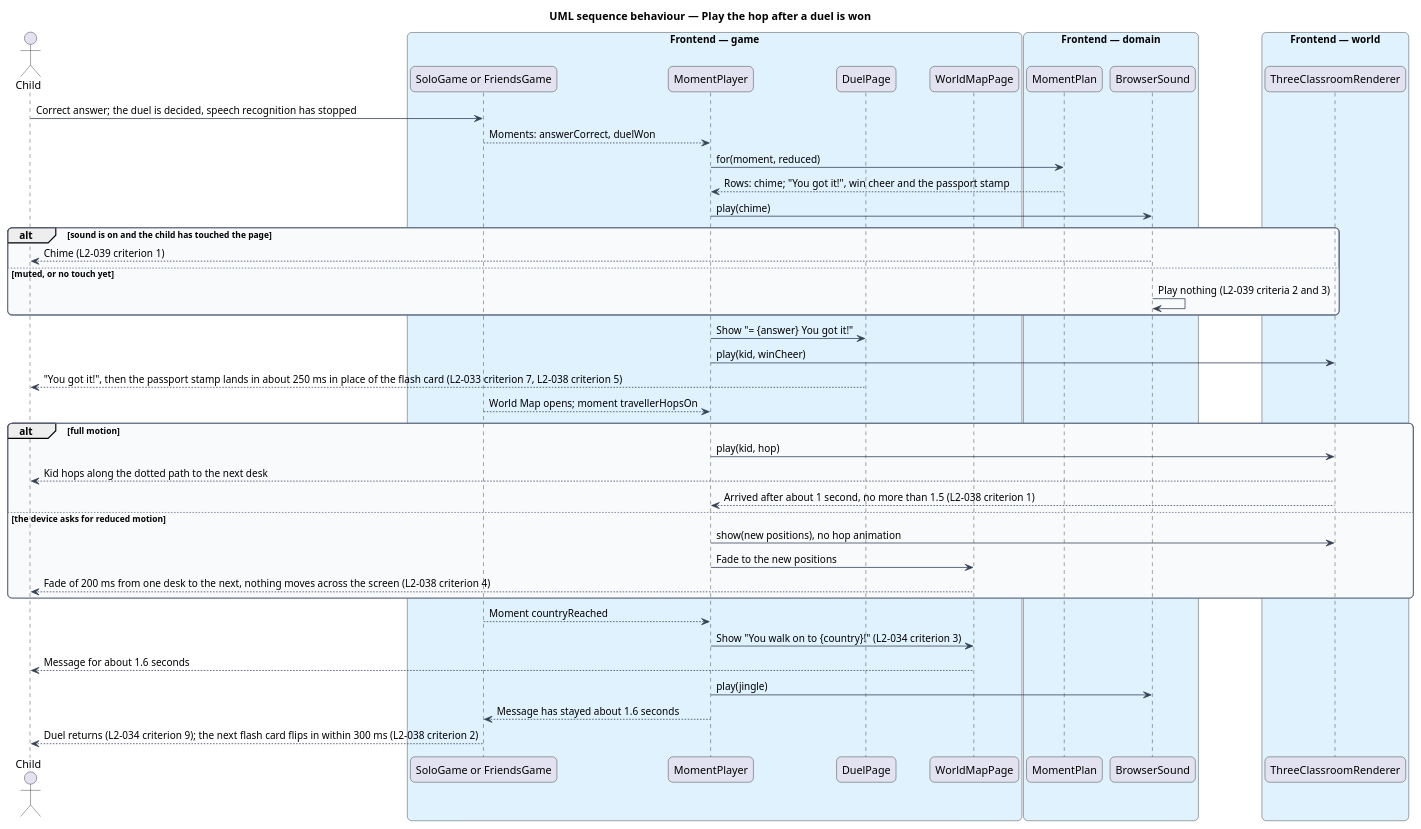
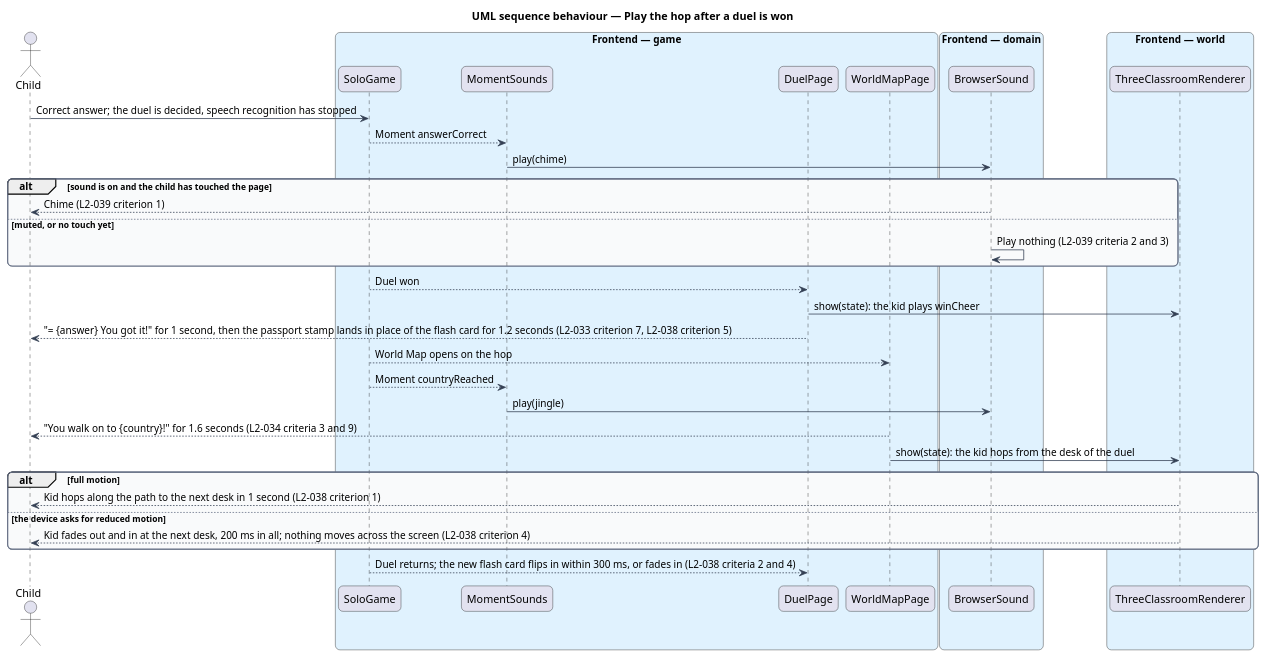
One commit to QuinntyneBrown/around-the-world changed the diagram in docs/detailed-designs/classroom/play-motion-and-sound/diagrams/sequence-play-hop.puml. Above: the diagram before and after it, drawn with PlantUML. The commit also changed 25 other files, not shown here.

First line of the commit message:
Decide how motion and sound play: the fade token, the sounds and the mute

```diff
--- a/docs/detailed-designs/classroom/play-motion-and-sound/diagrams/sequence-play-hop.puml
+++ b/docs/detailed-designs/classroom/play-motion-and-sound/diagrams/sequence-play-hop.puml
@@ -1,60 +1,52 @@
 @startuml
 title UML sequence behaviour — Play the hop after a duel is won
 skinparam backgroundColor #FFFFFF
 skinparam shadowing false
 skinparam roundcorner 12
 skinparam defaultFontName Arial
 skinparam ArrowColor #344054
 skinparam rectangle {
   BorderColor #344054
   FontColor #101828
 }
 skinparam package {
   BorderColor #667085
   FontColor #101828
   BackgroundColor #F9FAFB
 }
 actor "Child" as actor
 box "Frontend — game" #E0F2FE
-  participant "SoloGame or FriendsGame" as session
-  participant "MomentPlayer" as player
+  participant "SoloGame" as session
+  participant "MomentSounds" as moments
   participant "DuelPage" as duel
   participant "WorldMapPage" as map
 end box
 box "Frontend — domain" #E0F2FE
-  participant "MomentPlan" as plan
   participant "BrowserSound" as sound
 end box
 box "Frontend — world" #E0F2FE
   participant "ThreeClassroomRenderer" as renderer
 end box
 actor -> session : Correct answer; the duel is decided, speech recognition has stopped
-session --> player : Moments: answerCorrect, duelWon
-player -> plan : for(moment, reduced)
-plan --> player : Rows: chime; "You got it!", win cheer and the passport stamp
-player -> sound : play(chime)
+session --> moments : Moment answerCorrect
+moments -> sound : play(chime)
 alt sound is on and the child has touched the page
   sound --> actor : Chime (L2-039 criterion 1)
 else muted, or no touch yet
   sound -> sound : Play nothing (L2-039 criteria 2 and 3)
 end
-player -> duel : Show "= {answer} You got it!"
-player -> renderer : play(kid, winCheer)
-duel --> actor : "You got it!", then the passport stamp lands in about 250 ms in place of the flash card (L2-033 criterion 7, L2-038 criterion 5)
-session --> player : World Map opens; moment travellerHopsOn
+session --> duel : Duel won
+duel -> renderer : show(state): the kid plays winCheer
+duel --> actor : "= {answer} You got it!" for 1 second, then the passport stamp lands in place of the flash card for 1.2 seconds (L2-033 criterion 7, L2-038 criterion 5)
+session --> map : World Map opens on the hop
+session --> moments : Moment countryReached
+moments -> sound : play(jingle)
+map --> actor : "You walk on to {country}!" for 1.6 seconds (L2-034 criteria 3 and 9)
+map -> renderer : show(state): the kid hops from the desk of the duel
 alt full motion
-  player -> renderer : play(kid, hop)
-  renderer --> actor : Kid hops along the dotted path to the next desk
-  renderer --> player : Arrived after about 1 second, no more than 1.5 (L2-038 criterion 1)
+  renderer --> actor : Kid hops along the path to the next desk in 1 second (L2-038 criterion 1)
 else the device asks for reduced motion
-  player -> renderer : show(new positions), no hop animation
-  player -> map : Fade to the new positions
-  map --> actor : Fade of 200 ms from one desk to the next, nothing moves across the screen (L2-038 criterion 4)
+  renderer --> actor : Kid fades out and in at the next desk, 200 ms in all; nothing moves across the screen (L2-038 criterion 4)
 end
-session --> player : Moment countryReached
-player -> map : Show "You walk on to {country}!" (L2-034 criterion 3)
-map --> actor : Message for about 1.6 seconds
-player -> sound : play(jingle)
-player --> session : Message has stayed about 1.6 seconds
-session --> actor : Duel returns (L2-034 criterion 9); the next flash card flips in within 300 ms (L2-038 criterion 2)
+session --> duel : Duel returns; the new flash card flips in within 300 ms, or fades in (L2-038 criteria 2 and 4)
 @enduml
```
